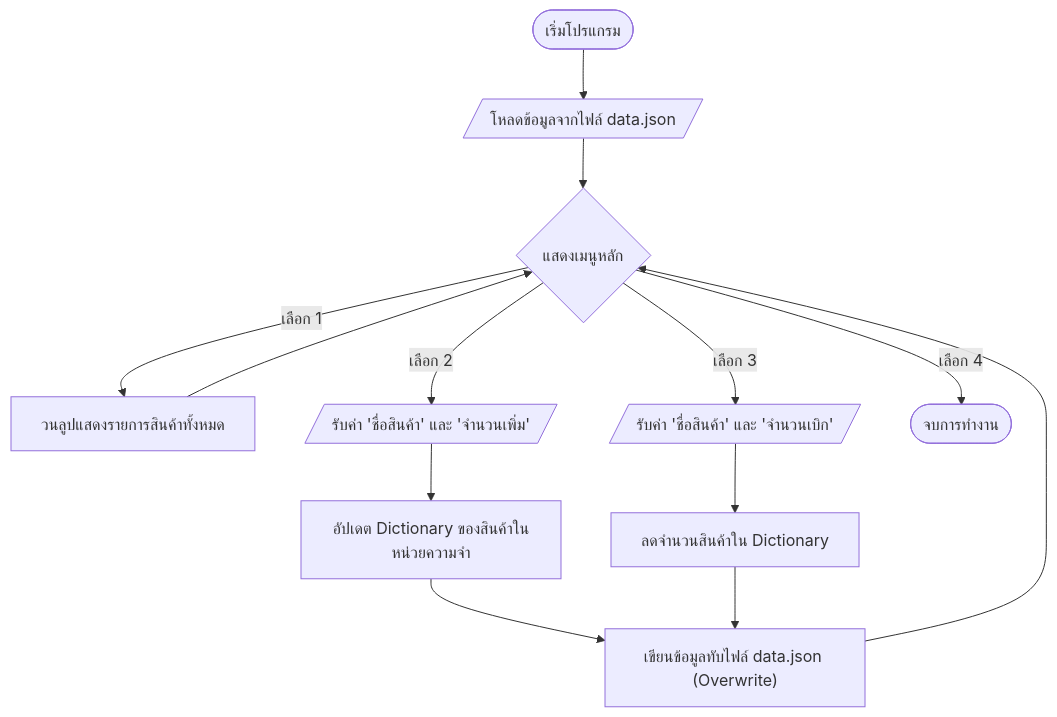
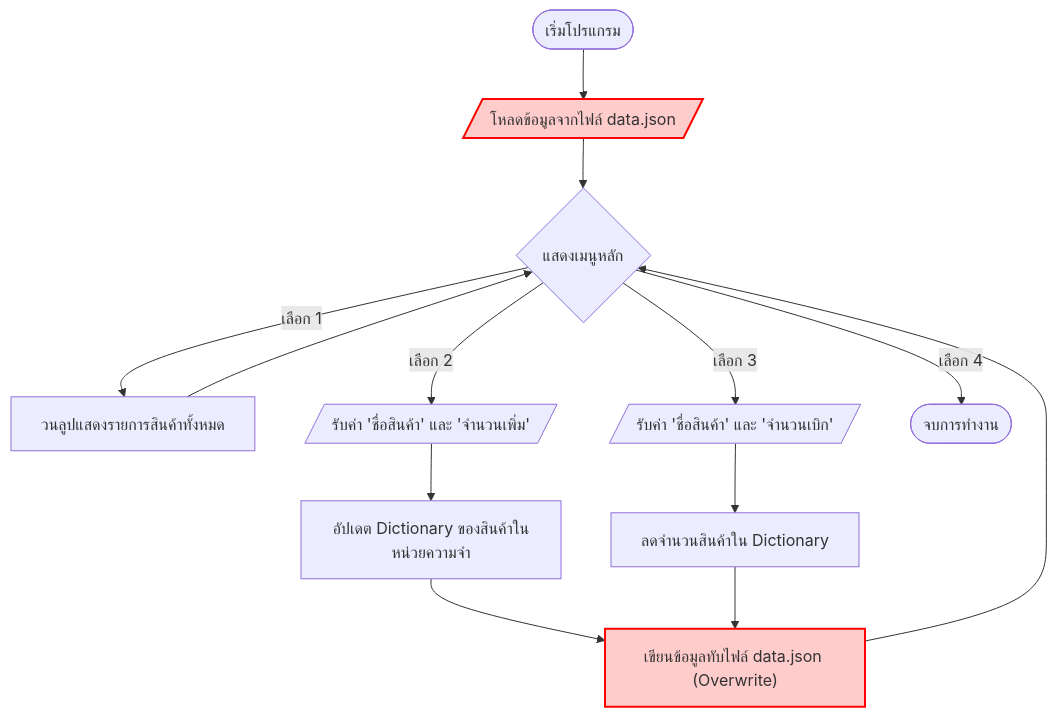
The first of 2 diagrams in week-5/architecture.md (Panuwat-ta/software-project-management), drawn with Mermaid before and after one commit. The commit also changed other lines of this file and 4 other files, not shown here.

Commit message:
feat: Add Week 5 section to index.html, update architecture and budget worksheets, and enhance work tracking

````diff
--- a/week-5/architecture.md
+++ b/week-5/architecture.md
@@ -10,19 +10,22 @@
 ```mermaid
 flowchart TD
     Start([เริ่มโปรแกรม]) --> LoadDB[/"โหลดข้อมูลจากไฟล์ data.json"/]
     LoadDB --> Menu{"แสดงเมนูหลัก"}
     
     Menu -->|เลือก 1| Show["วนลูปแสดงรายการสินค้าทั้งหมด"]
     Menu -->|เลือก 2| Add[/"รับค่า 'ชื่อสินค้า' และ 'จำนวนเพิ่ม'"/]
     Menu -->|เลือก 3| Withdraw[/"รับค่า 'ชื่อสินค้า' และ 'จำนวนเบิก'"/]
     Menu -->|เลือก 4| Exit(["จบการทำงาน"])
     
     Add --> ProcessAdd["อัปเดต Dictionary ของสินค้าในหน่วยความจำ"]
     Withdraw --> ProcessWithdraw["ลดจำนวนสินค้าใน Dictionary"]
     
     ProcessAdd --> SaveDB["เขียนข้อมูลทับไฟล์ data.json (Overwrite)"]
     ProcessWithdraw --> SaveDB
     
     Show --> Menu
     SaveDB --> Menu
+
+    classDef hotspot fill:#ffcccc,stroke:#ff0000,stroke-width:2px;
+    class SaveDB,LoadDB hotspot
 ```
````
